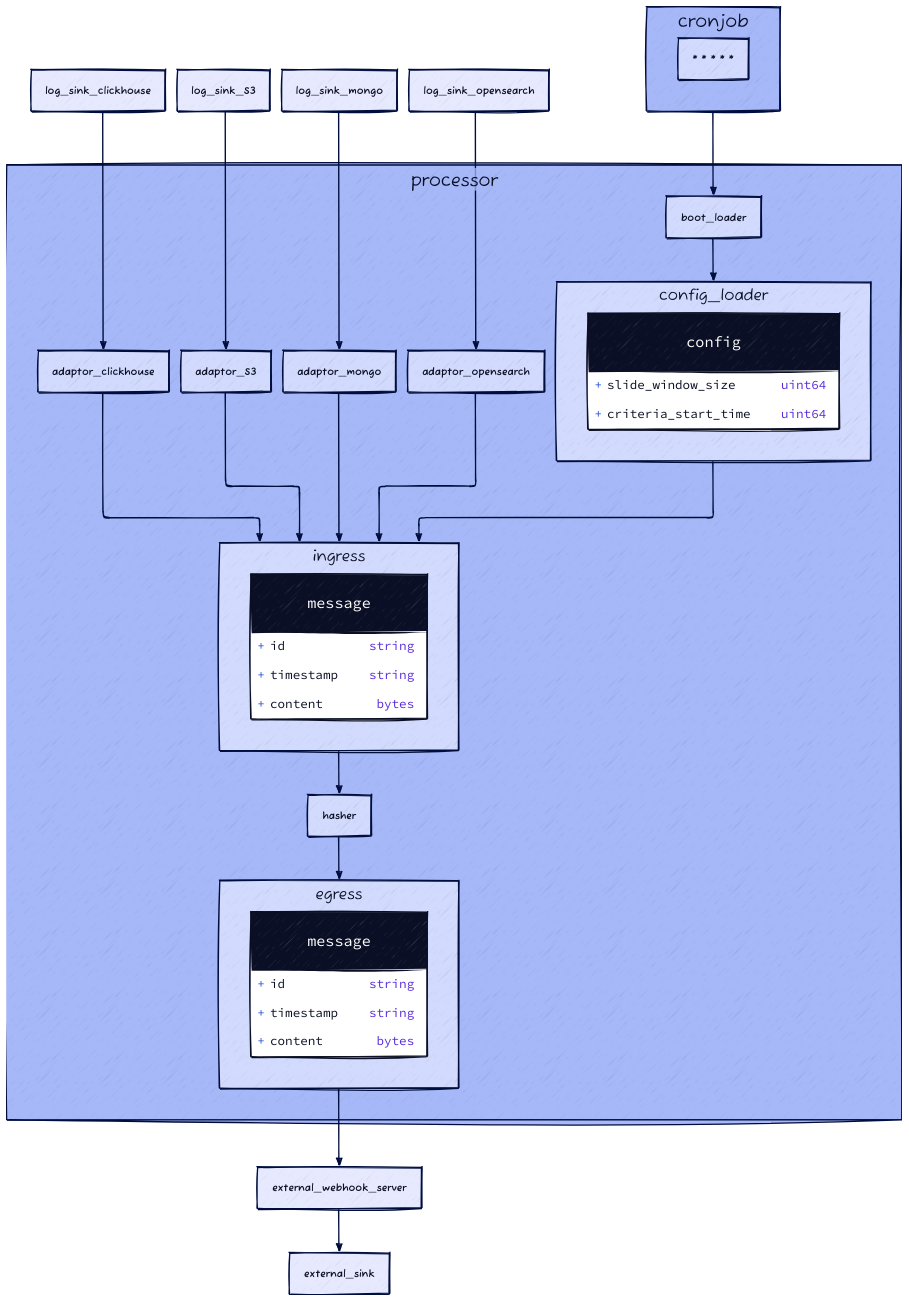
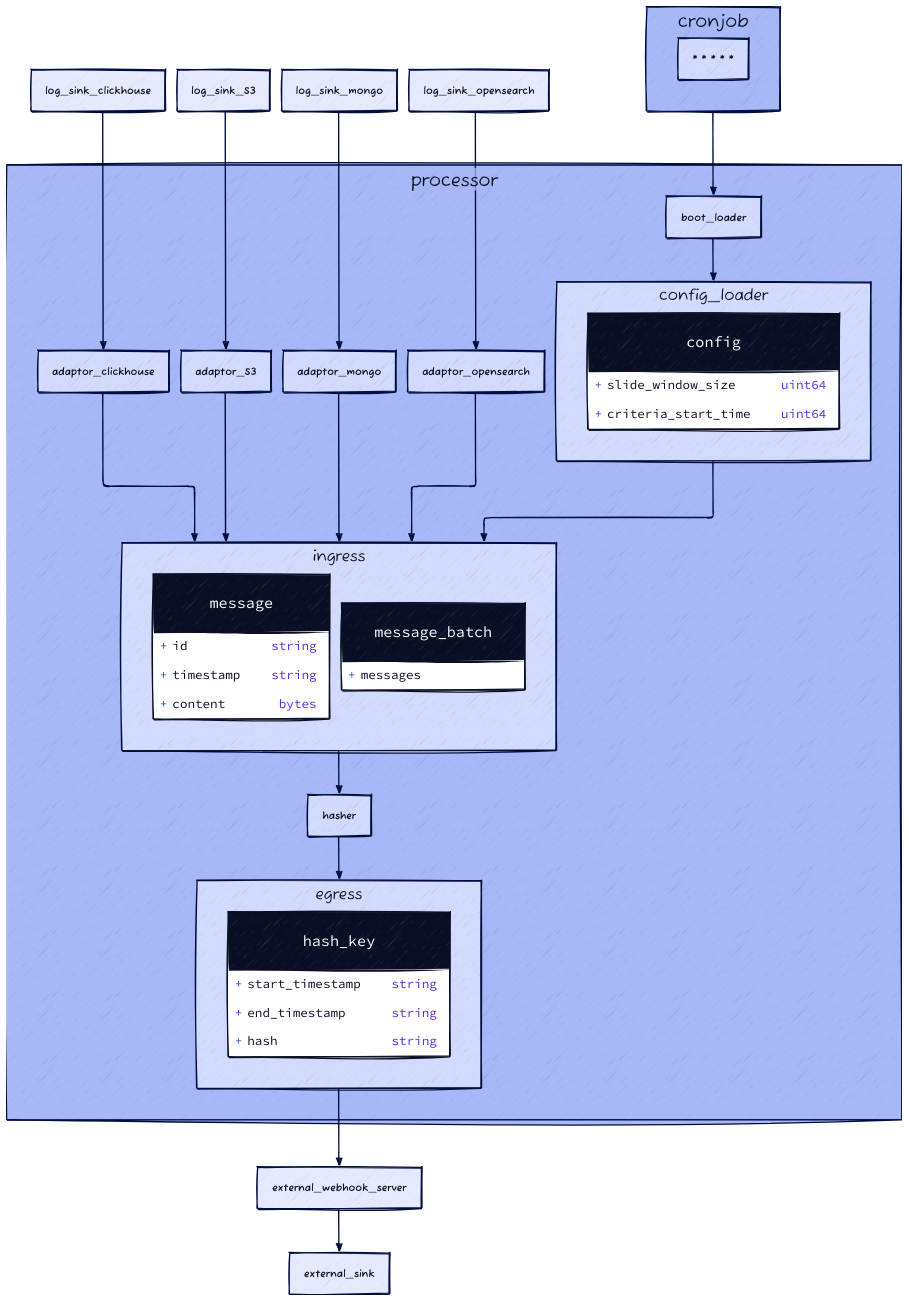
Before and after one commit to snowmerak/lockup: the diagram in docs/blueprint.d2, drawn with D2. The commit also changed 1 other file, not shown here.

```diff
--- a/docs/blueprint.d2
+++ b/docs/blueprint.d2
@@ -1,85 +1,91 @@
 vars: {
   d2-config: {
     theme-id: 3 # terrastruct
     sketch: true
     layout-engine: elk
   }
 }
 
 processor: {
     adaptor_clickhouse
     adaptor_S3
     adaptor_mongo
     adaptor_opensearch
 
     ingress: {
         message: {
             shape: class
 
             id: string
             timestamp: string
             content: bytes
         }
+
+        message_batch: {
+            shape: class
+
+            messages: [message]
+        }
     }
 
     boot_loader: {}
 
     config_loader: {
         config: {
             shape: class
 
             slide_window_size: uint64 # in seconds
             criteria_start_time: uint64 # epoch time in seconds
         }
     }
 
     hasher: {}
 
     egress: {
-        message: {
+        hash_key: {
             shape: class
 
-            id: string
-            timestamp: string
-            content: bytes
+            start_timestamp: string
+            end_timestamp: string
+            hash: string
         }
     }
 }
 
 cronjob: {
     schedule: "* * * * *"
 }
 
 log_sink_clickhouse: {
 
 }
 
 log_sink_S3: {
 
 }
 
 log_sink_mongo: {
 
 }
 
 log_sink_opensearch: {
 
 }
 
 log_sink_clickhouse -> processor.adaptor_clickhouse
 log_sink_S3 -> processor.adaptor_S3
 log_sink_mongo -> processor.adaptor_mongo
 log_sink_opensearch -> processor.adaptor_opensearch
 
 processor.adaptor_clickhouse -> processor.ingress
 processor.adaptor_S3 -> processor.ingress
 processor.adaptor_mongo -> processor.ingress
 processor.adaptor_opensearch -> processor.ingress
 
 cronjob -> processor.boot_loader -> processor.config_loader -> processor.ingress -> processor.hasher -> processor.egress
 
 external_webhook_server
 
 external_sink
 
 processor.egress -> external_webhook_server -> external_sink
```
